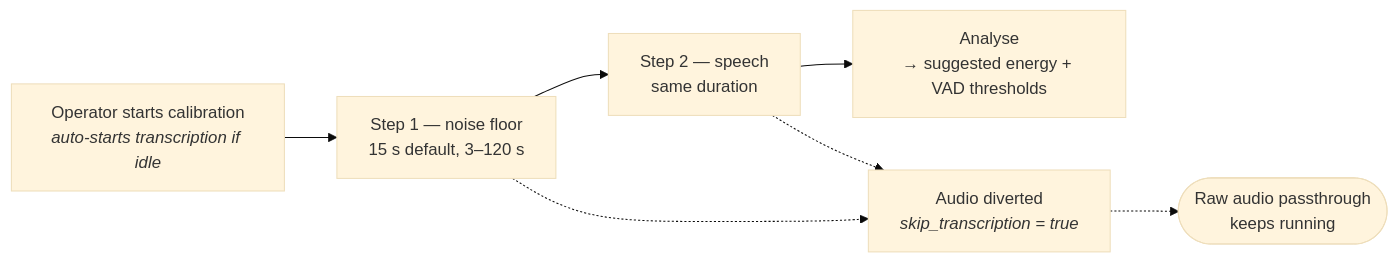
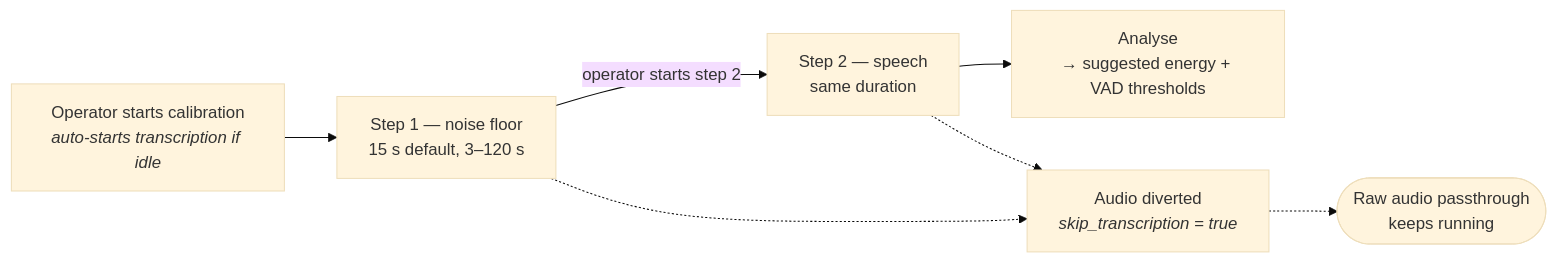
The third of 12 diagrams in PIPELINE.md (ChurchPresenter/STT), drawn with Mermaid (base theme) before and after one commit. The commit also changed other lines of this file, not shown here.

````diff
--- a/PIPELINE.md
+++ b/PIPELINE.md
@@ -158,14 +169,16 @@
 ```mermaid
 flowchart LR
     ST["Operator starts calibration<br/><i>auto-starts transcription if idle</i>"]
     S1["Step 1 — noise floor<br/>15 s default, 3–120 s"]
     S2["Step 2 — speech<br/>same duration"]
     AN["Analyse<br/>→ suggested energy + VAD thresholds"]
     BYP["Audio diverted<br/><i>skip_transcription = true</i>"]
     PASS(["Raw audio passthrough<br/>keeps running"])
 
-    ST --> S1 --> S2 --> AN
+    ST --> S1
+    S1 -->|operator starts step 2| S2
+    S2 --> AN
     S1 -.-> BYP
     S2 -.-> BYP
     BYP -.-> PASS
 ```
````
